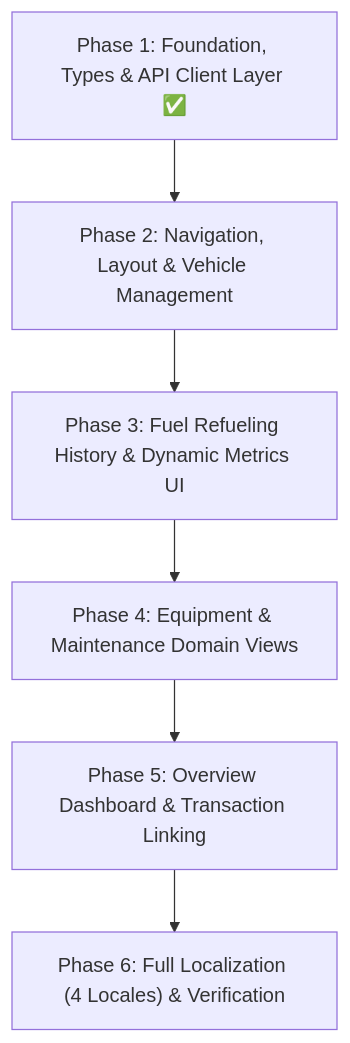
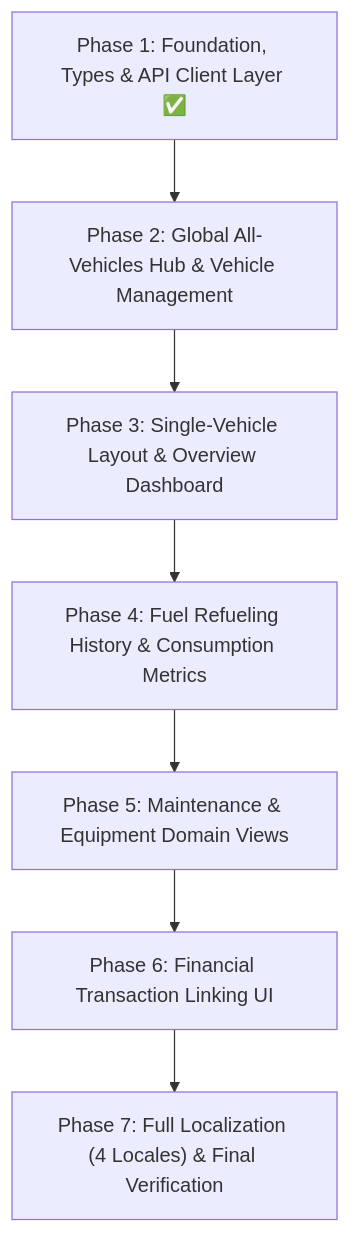
Before and after one commit to wojtek960506/finance-tracker-web-v2: the diagram in docs/VEHICLES_DOMAIN_IMPLEMENTATION_PLAN.md, drawn with Mermaid. The commit also changed other lines of this file and 1 other file, not shown here.

Commit message:
docs: update vehicles domain implementation plan and route structure for two-tier architecture

````diff
--- a/docs/VEHICLES_DOMAIN_IMPLEMENTATION_PLAN.md
+++ b/docs/VEHICLES_DOMAIN_IMPLEMENTATION_PLAN.md
@@ -64,8 +77,9 @@
 ```mermaid
 flowchart TD
-    P1["Phase 1: Foundation, Types & API Client Layer ✅"] --> P2["Phase 2: Navigation, Layout & Vehicle Management"]
-    P2 --> P3["Phase 3: Fuel Refueling History & Dynamic Metrics UI"]
-    P3 --> P4["Phase 4: Equipment & Maintenance Domain Views"]
-    P4 --> P5["Phase 5: Overview Dashboard & Transaction Linking"]
-    P5 --> P6["Phase 6: Full Localization (4 Locales) & Verification"]
+    P1["Phase 1: Foundation, Types & API Client Layer ✅"] --> P2["Phase 2: Global All-Vehicles Hub & Vehicle Management"]
+    P2 --> P3["Phase 3: Single-Vehicle Layout & Overview Dashboard"]
+    P3 --> P4["Phase 4: Fuel Refueling History & Consumption Metrics"]
+    P4 --> P5["Phase 5: Maintenance & Equipment Domain Views"]
+    P5 --> P6["Phase 6: Financial Transaction Linking UI"]
+    P6 --> P7["Phase 7: Full Localization (4 Locales) & Final Verification"]
 ```
````
